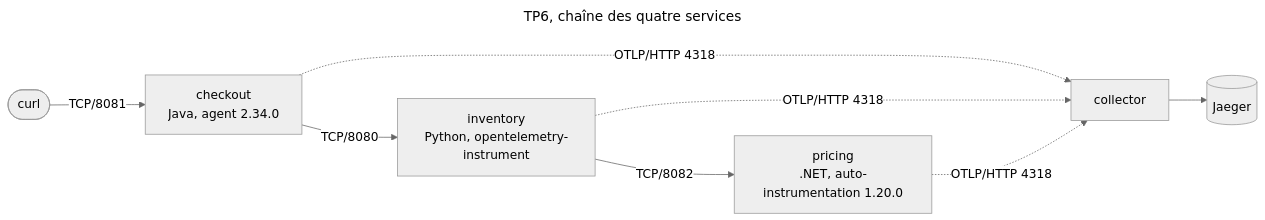
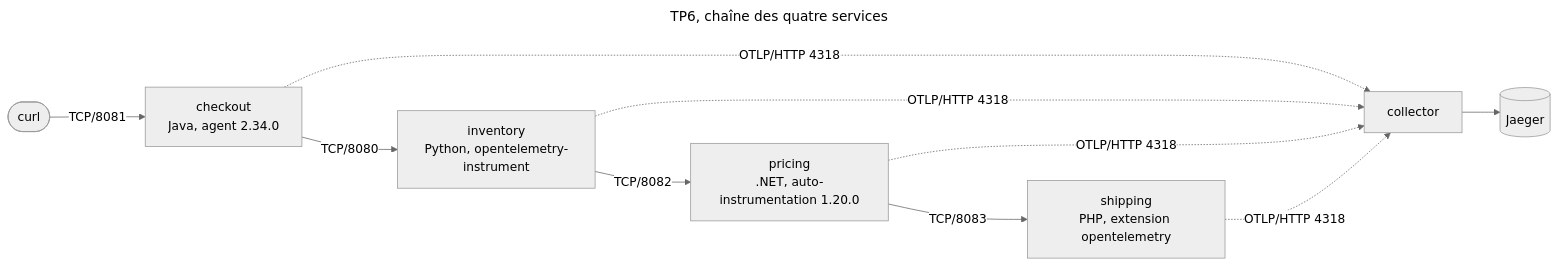
The diagram in Lab_TP06_Java_Python_DotNet.md (pragmatic-fermat/opentelemetry-labs), drawn with Mermaid (neutral theme) before and after one commit. The commit also changed other lines of this file and 1 other file, not shown here.

````diff
--- a/Lab_TP06_Java_Python_DotNet.md
+++ b/Lab_TP06_Java_Python_DotNet.md
@@ -57,13 +57,15 @@
 ```mermaid
 ---
 title: TP6, chaîne des quatre services
 ---
 flowchart LR
   C([curl]) -->|TCP/8081| J["checkout<br/>Java, agent 2.34.0"]
   J -->|TCP/8080| P["inventory<br/>Python, opentelemetry-instrument"]
   P -->|TCP/8082| D["pricing<br/>.NET, auto-instrumentation 1.20.0"]
+  D -->|TCP/8083| S["shipping<br/>PHP, extension opentelemetry"]
   J -.->|OTLP/HTTP 4318| COL[collector]
   P -.->|OTLP/HTTP 4318| COL
   D -.->|OTLP/HTTP 4318| COL
+  S -.->|OTLP/HTTP 4318| COL
   COL --> JAE[(Jaeger)]
 ```
````
